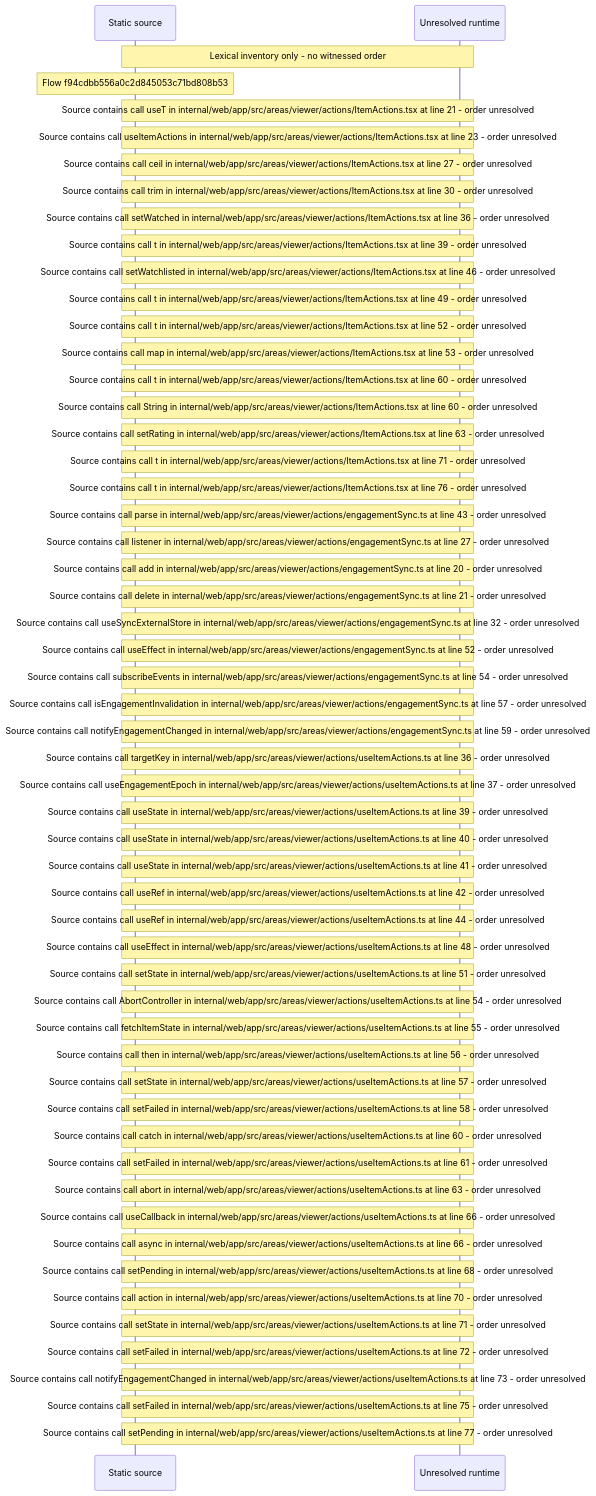
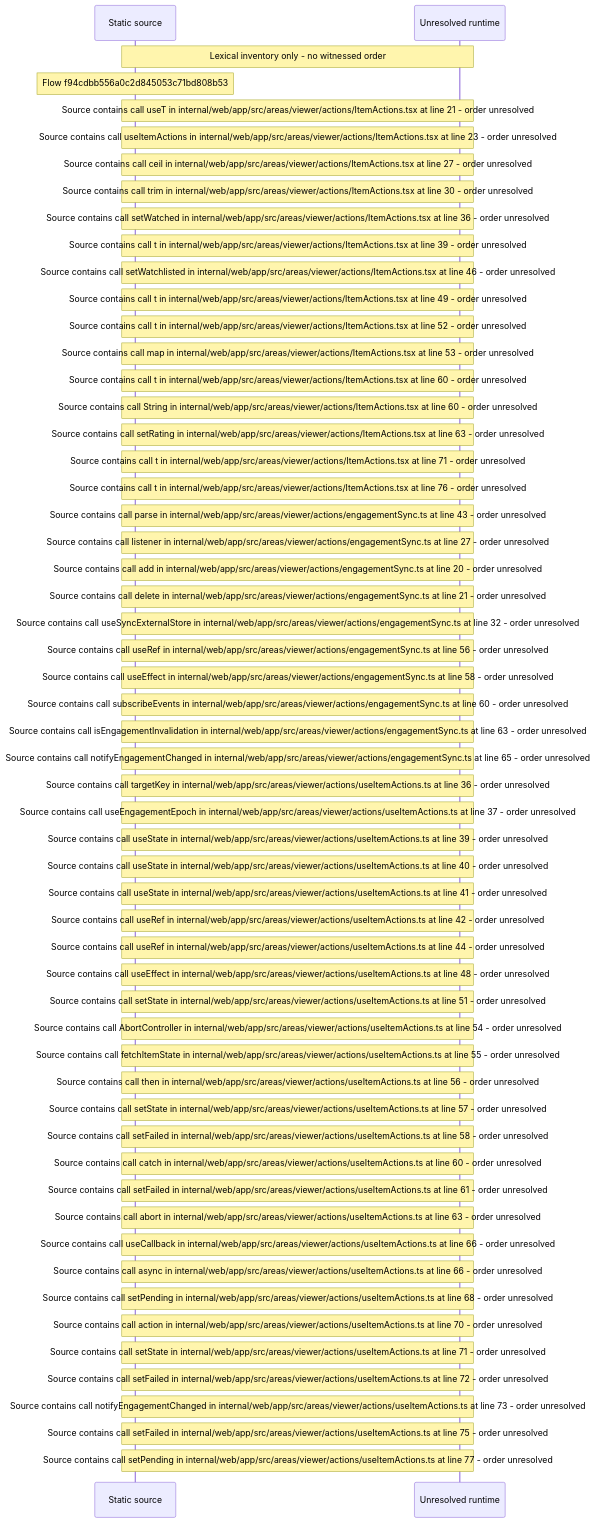
The diagram in docs/web/flows/generated/f94cdbb556a0c2d845053c71bd808b53/flow-diagram.md (beamfall/core), drawn with Mermaid before and after one commit. The commit also changed other lines of this file and 714 other files, not shown here.

Commit message:
Regenerate the web flow record on the batch 5 head (CORE-1762)

````diff
--- a/docs/web/flows/generated/f94cdbb556a0c2d845053c71bd808b53/flow-diagram.md
+++ b/docs/web/flows/generated/f94cdbb556a0c2d845053c71bd808b53/flow-diagram.md
@@ -10,57 +10,58 @@
 ```mermaid
 sequenceDiagram
     participant S as Static source
     participant U as Unresolved runtime
     Note over S,U: Lexical inventory only - no witnessed order
     Note over S: Flow f94cdbb556a0c2d845053c71bd808b53
     Note over S,U: Source contains call useT in internal/web/app/src/areas/viewer/actions/ItemActions.tsx at line 21 - order unresolved
     Note over S,U: Source contains call useItemActions in internal/web/app/src/areas/viewer/actions/ItemActions.tsx at line 23 - order unresolved
     Note over S,U: Source contains call ceil in internal/web/app/src/areas/viewer/actions/ItemActions.tsx at line 27 - order unresolved
     Note over S,U: Source contains call trim in internal/web/app/src/areas/viewer/actions/ItemActions.tsx at line 30 - order unresolved
     Note over S,U: Source contains call setWatched in internal/web/app/src/areas/viewer/actions/ItemActions.tsx at line 36 - order unresolved
     Note over S,U: Source contains call t in internal/web/app/src/areas/viewer/actions/ItemActions.tsx at line 39 - order unresolved
     Note over S,U: Source contains call setWatchlisted in internal/web/app/src/areas/viewer/actions/ItemActions.tsx at line 46 - order unresolved
     Note over S,U: Source contains call t in internal/web/app/src/areas/viewer/actions/ItemActions.tsx at line 49 - order unresolved
     Note over S,U: Source contains call t in internal/web/app/src/areas/viewer/actions/ItemActions.tsx at line 52 - order unresolved
     Note over S,U: Source contains call map in internal/web/app/src/areas/viewer/actions/ItemActions.tsx at line 53 - order unresolved
     Note over S,U: Source contains call t in internal/web/app/src/areas/viewer/actions/ItemActions.tsx at line 60 - order unresolved
     Note over S,U: Source contains call String in internal/web/app/src/areas/viewer/actions/ItemActions.tsx at line 60 - order unresolved
     Note over S,U: Source contains call setRating in internal/web/app/src/areas/viewer/actions/ItemActions.tsx at line 63 - order unresolved
     Note over S,U: Source contains call t in internal/web/app/src/areas/viewer/actions/ItemActions.tsx at line 71 - order unresolved
     Note over S,U: Source contains call t in internal/web/app/src/areas/viewer/actions/ItemActions.tsx at line 76 - order unresolved
     Note over S,U: Source contains call parse in internal/web/app/src/areas/viewer/actions/engagementSync.ts at line 43 - order unresolved
     Note over S,U: Source contains call listener in internal/web/app/src/areas/viewer/actions/engagementSync.ts at line 27 - order unresolved
     Note over S,U: Source contains call add in internal/web/app/src/areas/viewer/actions/engagementSync.ts at line 20 - order unresolved
     Note over S,U: Source contains call delete in internal/web/app/src/areas/viewer/actions/engagementSync.ts at line 21 - order unresolved
     Note over S,U: Source contains call useSyncExternalStore in internal/web/app/src/areas/viewer/actions/engagementSync.ts at line 32 - order unresolved
-    Note over S,U: Source contains call useEffect in internal/web/app/src/areas/viewer/actions/engagementSync.ts at line 52 - order unresolved
-    Note over S,U: Source contains call subscribeEvents in internal/web/app/src/areas/viewer/actions/engagementSync.ts at line 54 - order unresolved
-    Note over S,U: Source contains call isEngagementInvalidation in internal/web/app/src/areas/viewer/actions/engagementSync.ts at line 57 - order unresolved
-    Note over S,U: Source contains call notifyEngagementChanged in internal/web/app/src/areas/viewer/actions/engagementSync.ts at line 59 - order unresolved
+    Note over S,U: Source contains call useRef in internal/web/app/src/areas/viewer/actions/engagementSync.ts at line 56 - order unresolved
+    Note over S,U: Source contains call useEffect in internal/web/app/src/areas/viewer/actions/engagementSync.ts at line 58 - order unresolved
+    Note over S,U: Source contains call subscribeEvents in internal/web/app/src/areas/viewer/actions/engagementSync.ts at line 60 - order unresolved
+    Note over S,U: Source contains call isEngagementInvalidation in internal/web/app/src/areas/viewer/actions/engagementSync.ts at line 63 - order unresolved
+    Note over S,U: Source contains call notifyEngagementChanged in internal/web/app/src/areas/viewer/actions/engagementSync.ts at line 65 - order unresolved
     Note over S,U: Source contains call targetKey in internal/web/app/src/areas/viewer/actions/useItemActions.ts at line 36 - order unresolved
     Note over S,U: Source contains call useEngagementEpoch in internal/web/app/src/areas/viewer/actions/useItemActions.ts at line 37 - order unresolved
     Note over S,U: Source contains call useState in internal/web/app/src/areas/viewer/actions/useItemActions.ts at line 39 - order unresolved
     Note over S,U: Source contains call useState in internal/web/app/src/areas/viewer/actions/useItemActions.ts at line 40 - order unresolved
     Note over S,U: Source contains call useState in internal/web/app/src/areas/viewer/actions/useItemActions.ts at line 41 - order unresolved
     Note over S,U: Source contains call useRef in internal/web/app/src/areas/viewer/actions/useItemActions.ts at line 42 - order unresolved
     Note over S,U: Source contains call useRef in internal/web/app/src/areas/viewer/actions/useItemActions.ts at line 44 - order unresolved
     Note over S,U: Source contains call useEffect in internal/web/app/src/areas/viewer/actions/useItemActions.ts at line 48 - order unresolved
     Note over S,U: Source contains call setState in internal/web/app/src/areas/viewer/actions/useItemActions.ts at line 51 - order unresolved
     Note over S,U: Source contains call AbortController in internal/web/app/src/areas/viewer/actions/useItemActions.ts at line 54 - order unresolved
     Note over S,U: Source contains call fetchItemState in internal/web/app/src/areas/viewer/actions/useItemActions.ts at line 55 - order unresolved
     Note over S,U: Source contains call then in internal/web/app/src/areas/viewer/actions/useItemActions.ts at line 56 - order unresolved
     Note over S,U: Source contains call setState in internal/web/app/src/areas/viewer/actions/useItemActions.ts at line 57 - order unresolved
     Note over S,U: Source contains call setFailed in internal/web/app/src/areas/viewer/actions/useItemActions.ts at line 58 - order unresolved
     Note over S,U: Source contains call catch in internal/web/app/src/areas/viewer/actions/useItemActions.ts at line 60 - order unresolved
     Note over S,U: Source contains call setFailed in internal/web/app/src/areas/viewer/actions/useItemActions.ts at line 61 - order unresolved
     Note over S,U: Source contains call abort in internal/web/app/src/areas/viewer/actions/useItemActions.ts at line 63 - order unresolved
     Note over S,U: Source contains call useCallback in internal/web/app/src/areas/viewer/actions/useItemActions.ts at line 66 - order unresolved
     Note over S,U: Source contains call async in internal/web/app/src/areas/viewer/actions/useItemActions.ts at line 66 - order unresolved
     Note over S,U: Source contains call setPending in internal/web/app/src/areas/viewer/actions/useItemActions.ts at line 68 - order unresolved
     Note over S,U: Source contains call action in internal/web/app/src/areas/viewer/actions/useItemActions.ts at line 70 - order unresolved
     Note over S,U: Source contains call setState in internal/web/app/src/areas/viewer/actions/useItemActions.ts at line 71 - order unresolved
     Note over S,U: Source contains call setFailed in internal/web/app/src/areas/viewer/actions/useItemActions.ts at line 72 - order unresolved
     Note over S,U: Source contains call notifyEngagementChanged in internal/web/app/src/areas/viewer/actions/useItemActions.ts at line 73 - order unresolved
     Note over S,U: Source contains call setFailed in internal/web/app/src/areas/viewer/actions/useItemActions.ts at line 75 - order unresolved
     Note over S,U: Source contains call setPending in internal/web/app/src/areas/viewer/actions/useItemActions.ts at line 77 - order unresolved
 ```
````
